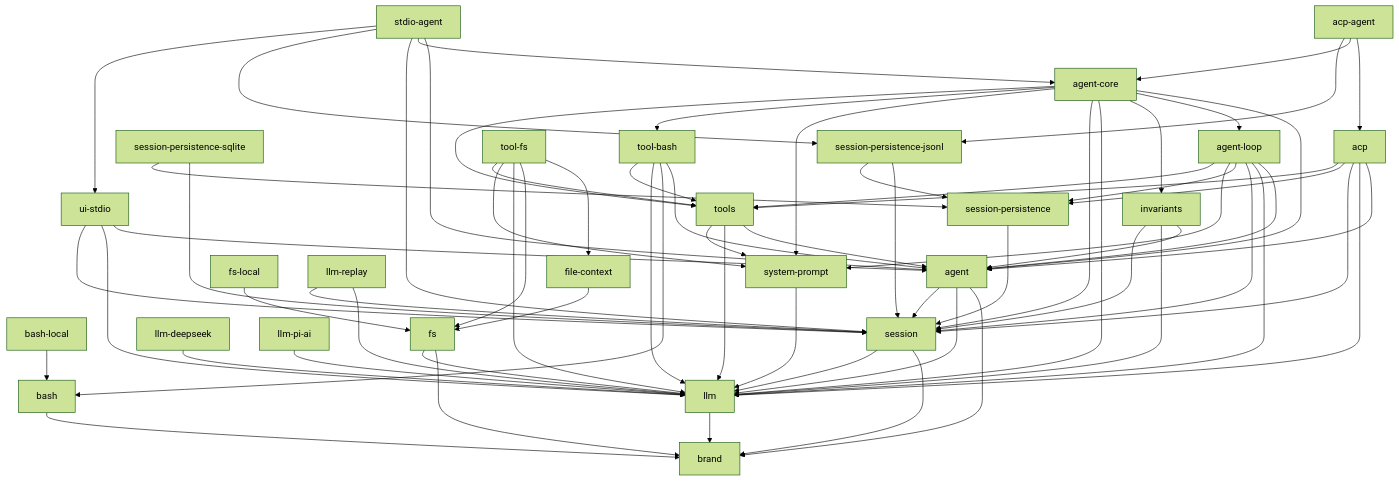
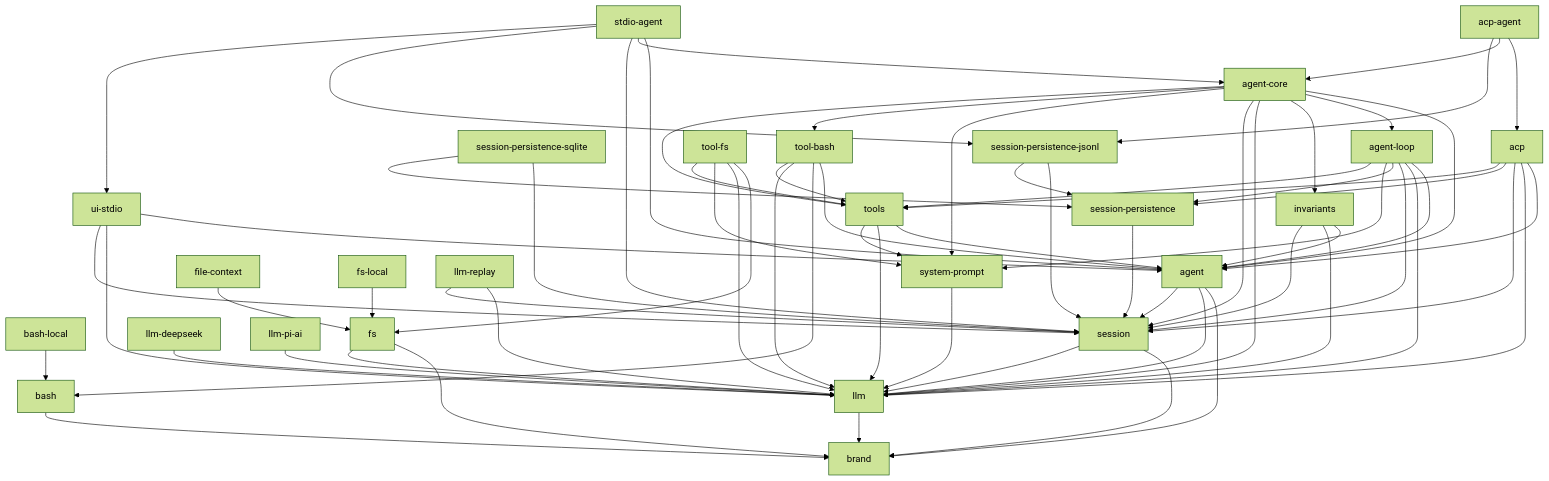
The diagram in docs/module-graph.md (007M7/DeepCode), drawn with Mermaid (forest theme) before and after one commit. The commit also changed other lines of this file and 34 other files, not shown here.

````diff
--- a/docs/module-graph.md
+++ b/docs/module-graph.md
@@ -8,70 +8,69 @@
 ```mermaid
 graph TD
   bash --> brand
   llm --> brand
   bash-local --> bash
   fs --> brand
   fs --> llm
   llm-deepseek --> llm
   llm-pi-ai --> llm
   session --> brand
   session --> llm
   system-prompt --> llm
   agent --> brand
   agent --> llm
   agent --> session
   file-context --> fs
   fs-local --> fs
   llm-replay --> llm
   llm-replay --> session
   session-persistence --> session
   invariants --> agent
   invariants --> llm
   invariants --> session
   session-persistence-jsonl --> session
   session-persistence-jsonl --> session-persistence
   session-persistence-sqlite --> session
   session-persistence-sqlite --> session-persistence
   tools --> agent
   tools --> llm
   tools --> system-prompt
   ui-stdio --> agent
   ui-stdio --> llm
   ui-stdio --> session
   acp --> agent
   acp --> llm
   acp --> session
   acp --> session-persistence
   acp --> tools
   agent-loop --> agent
   agent-loop --> llm
   agent-loop --> session
   agent-loop --> session-persistence
   agent-loop --> system-prompt
   agent-loop --> tools
   tool-bash --> agent
   tool-bash --> bash
   tool-bash --> llm
   tool-bash --> tools
-  tool-fs --> file-context
   tool-fs --> fs
   tool-fs --> llm
   tool-fs --> system-prompt
   tool-fs --> tools
   agent-core --> agent
   agent-core --> agent-loop
   agent-core --> invariants
   agent-core --> llm
   agent-core --> session
   agent-core --> system-prompt
   agent-core --> tool-bash
   agent-core --> tools
   acp-agent --> acp
   acp-agent --> agent-core
   acp-agent --> session-persistence-jsonl
   stdio-agent --> agent
   stdio-agent --> agent-core
   stdio-agent --> session
   stdio-agent --> session-persistence-jsonl
   stdio-agent --> ui-stdio
 ```
````
